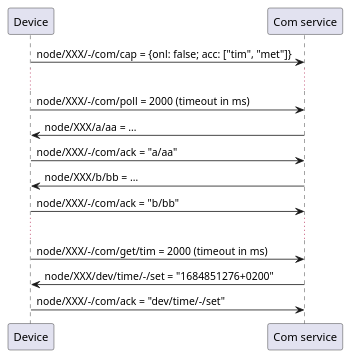
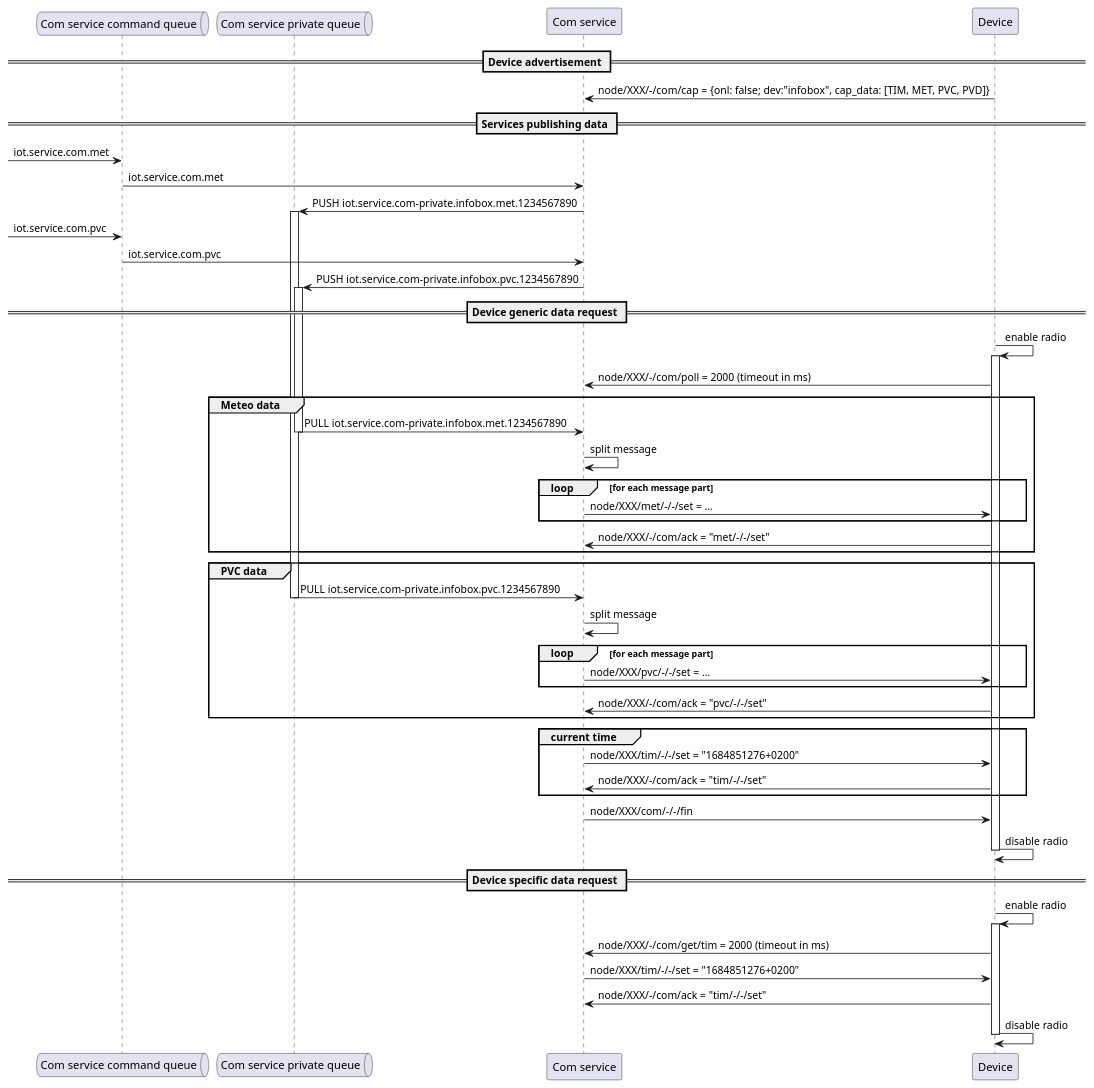
Before and after one commit to mixicz/iot-service-com: the diagram in doc/offline-communication-seq.pu, drawn with PlantUML. The commit also changed 3 other files, not shown here.

```diff
--- a/doc/offline-communication-seq.pu
+++ b/doc/offline-communication-seq.pu
@@ -1,22 +1,57 @@
 @startuml offline communication
 
+queue GW_CMD as "Com service command queue"
+queue GW_Q as "Com service private queue"
+participant GW as "Com service"
 participant DEV as "Device"
-participant GW as "Com service"
 
-DEV -> GW : node/XXX/-/com/cap = {onl: false; acc: ["tim", "met"]}
+== Device advertisement ==
 
-...
+DEV -> GW : node/XXX/-/com/cap = {onl: false; dev:"infobox", cap_data: [TIM, MET, PVC, PVD]}
 
+== Services publishing data ==
+
+[-> GW_CMD : iot.service.com.met
+GW_CMD -> GW : iot.service.com.met
+GW -> GW_Q++ : PUSH iot.service.com-private.infobox.met.1234567890
+
+[-> GW_CMD : iot.service.com.pvc
+GW_CMD -> GW : iot.service.com.pvc
+GW -> GW_Q++ : PUSH iot.service.com-private.infobox.pvc.1234567890
+
+== Device generic data request ==
+
+DEV -> DEV++ : enable radio
 DEV -> GW : node/XXX/-/com/poll = 2000 (timeout in ms)
-GW -> DEV : node/XXX/a/aa = …
-DEV -> GW : node/XXX/-/com/ack = "a/aa"
-GW -> DEV : node/XXX/b/bb = …
-DEV -> GW : node/XXX/-/com/ack = "b/bb"
+group Meteo data 
+    GW_Q -> GW-- : PULL iot.service.com-private.infobox.met.1234567890
+    GW -> GW : split message
+    loop for each message part
+        GW -> DEV : node/XXX/met/-/-/set = …
+    end
+    DEV -> GW : node/XXX/-/com/ack = "met/-/-/set"
+end
+group PVC data
+    GW_Q -> GW-- : PULL iot.service.com-private.infobox.pvc.1234567890
+    GW -> GW : split message
+    loop for each message part
+        GW -> DEV : node/XXX/pvc/-/-/set = …
+    end
+    DEV -> GW : node/XXX/-/com/ack = "pvc/-/-/set"
+end
+group current time
+    GW -> DEV : node/XXX/tim/-/-/set = "1684851276+0200"
+    DEV -> GW : node/XXX/-/com/ack = "tim/-/-/set"
+end
+GW -> DEV : node/XXX/com/-/-/fin
+DEV -> DEV-- : disable radio
 
-...
+== Device specific data request ==
 
+DEV -> DEV++ : enable radio
 DEV -> GW : node/XXX/-/com/get/tim = 2000 (timeout in ms)
-GW -> DEV : node/XXX/dev/time/-/set = "1684851276+0200"
-DEV -> GW : node/XXX/-/com/ack = "dev/time/-/set"
+GW -> DEV : node/XXX/tim/-/-/set = "1684851276+0200"
+DEV -> GW : node/XXX/-/com/ack = "tim/-/-/set"
+DEV -> DEV-- : disable radio
 
 @enduml
```
